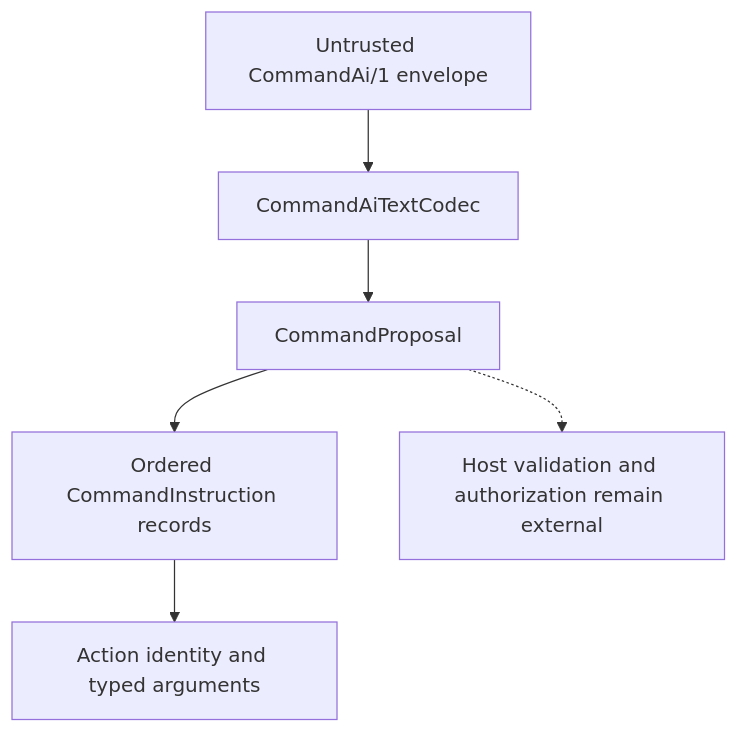
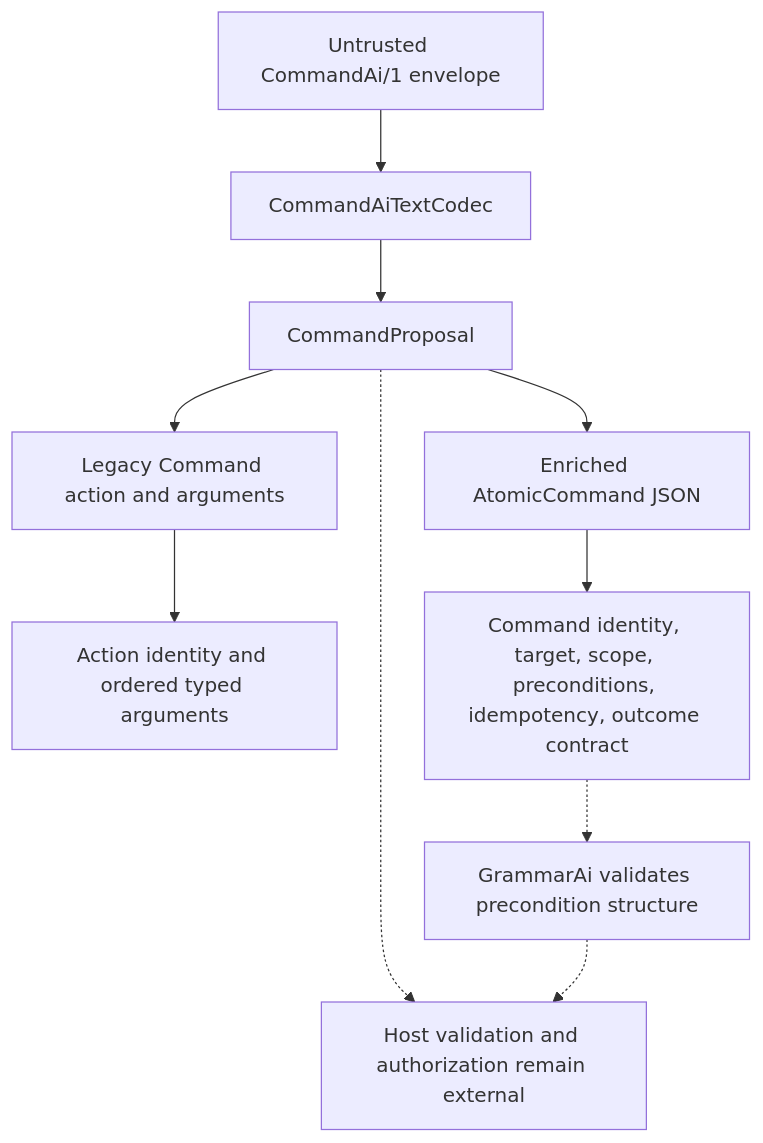
One commit to TrentBest/TheSingularityWorkshop.CommandAi changed the diagram in docs/UML/CommandAiTextCodecUML.md. Above: the diagram before and after it, drawn with Mermaid. The commit also changed other lines of this file, not shown here.

Commit message:
docs: align AI ownership and UML with enriched v1

```diff
--- a/docs/UML/CommandAiTextCodecUML.md
+++ b/docs/UML/CommandAiTextCodecUML.md
@@ -6,8 +6,12 @@
 ~~~mermaid
 flowchart TD
   I[Untrusted CommandAi/1 envelope] --> C[CommandAiTextCodec]
   C --> P[CommandProposal]
-  P --> A[Ordered CommandInstruction records]
-  A --> M[Action identity and typed arguments]
+  P --> L[Legacy Command action and arguments]
+  P --> A[Enriched AtomicCommand JSON]
+  L --> M[Action identity and ordered typed arguments]
+  A --> X[Command identity, target, scope, preconditions, idempotency, outcome contract]
   P -.-> H[Host validation and authorization remain external]
+  X -.-> G[GrammarAi validates precondition structure]
+  G -.-> H
 ~~~
```
